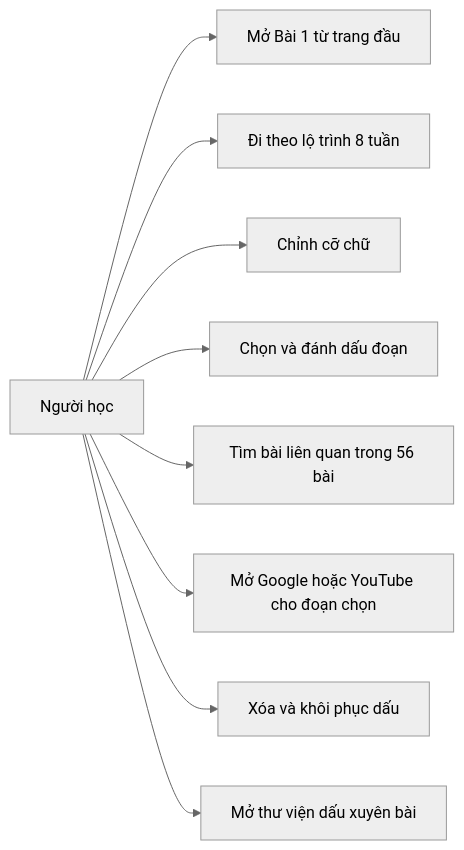
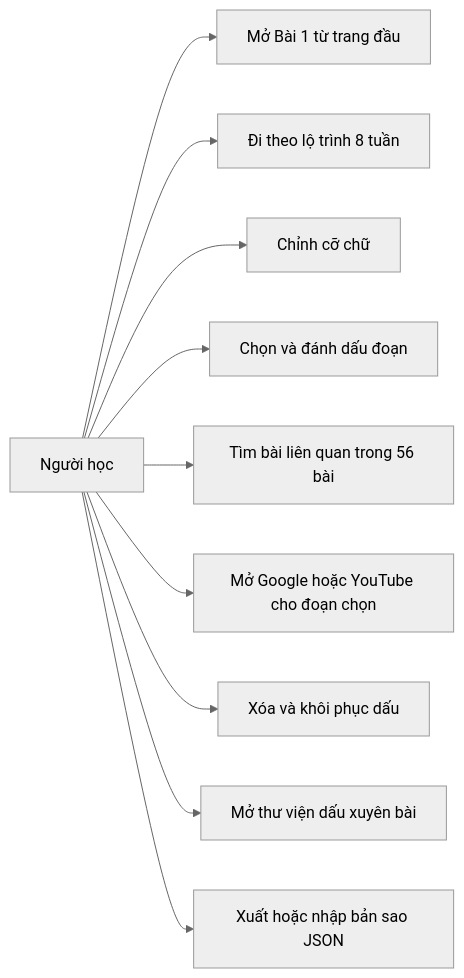
The fourth of 4 diagrams in .DHSYSTEM/ARCHITECTURE.md (danghoangsqtt-sys/Ebook-basic-circuit), drawn with Mermaid (neutral theme) before and after one commit. The commit also changed other lines of this file and 15 other files, not shown here.

````diff
--- a/.DHSYSTEM/ARCHITECTURE.md
+++ b/.DHSYSTEM/ARCHITECTURE.md
@@ -126,11 +140,12 @@
 ```mermaid
 flowchart LR
   U[Người học] --> A[Mở Bài 1 từ trang đầu]
   U --> B[Đi theo lộ trình 8 tuần]
   U --> C[Chỉnh cỡ chữ]
   U --> D[Chọn và đánh dấu đoạn]
   U --> E[Tìm bài liên quan trong 56 bài]
   U --> F[Mở Google hoặc YouTube cho đoạn chọn]
   U --> G[Xóa và khôi phục dấu]
   U --> H[Mở thư viện dấu xuyên bài]
+  U --> I[Xuất hoặc nhập bản sao JSON]
 ```
````
